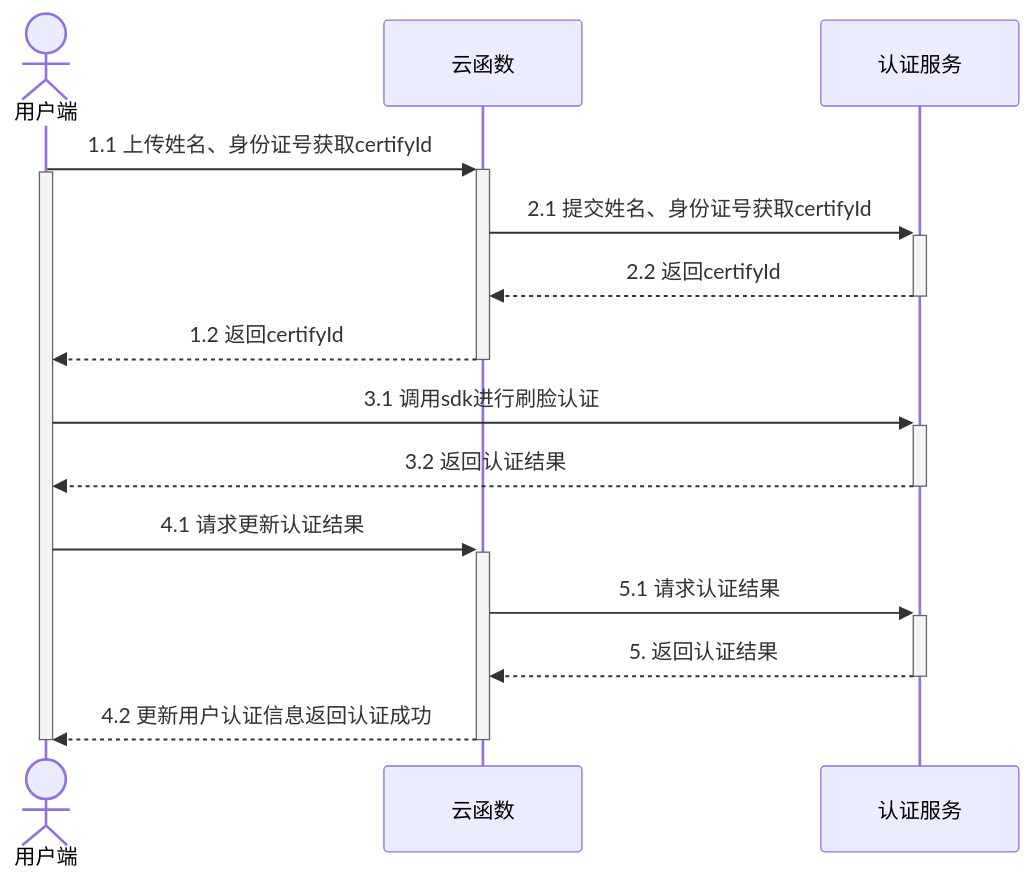
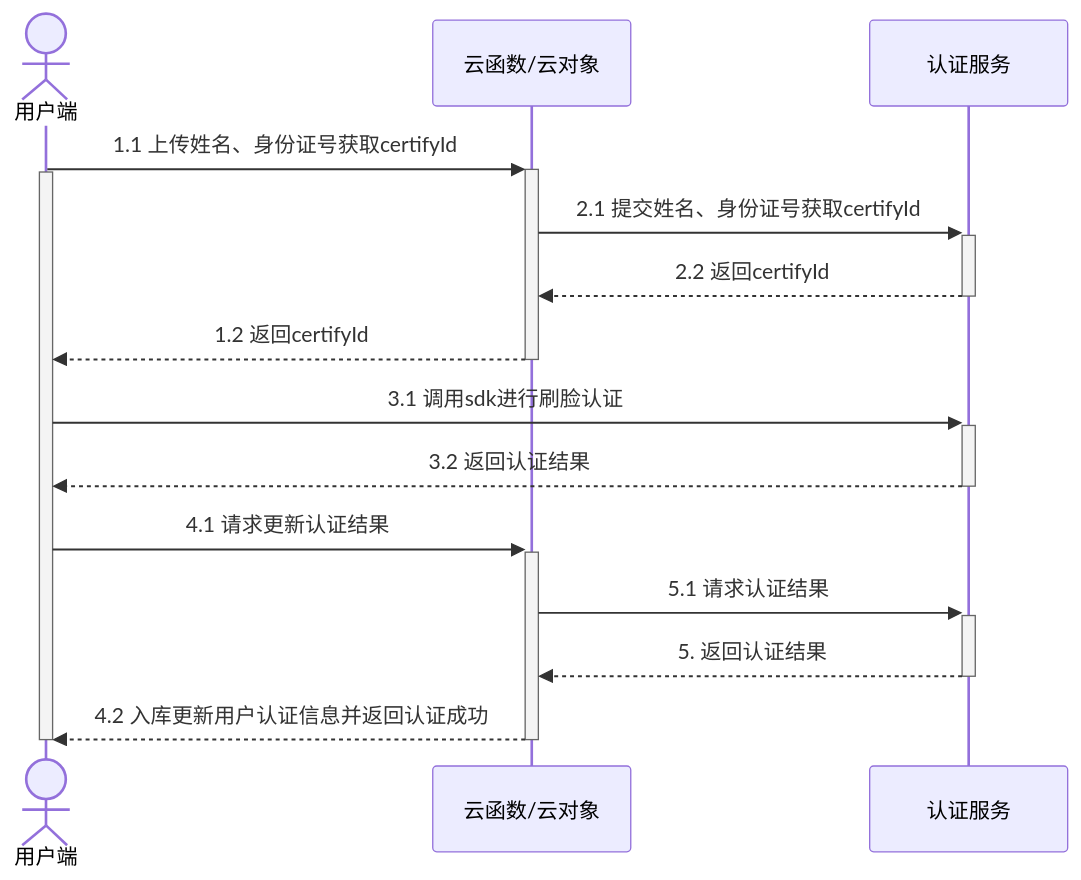
Before and after one commit to dcloudio/unidocs-zh: the diagram in docs/uniCloud/frv/dev.md, drawn with Mermaid. The commit also changed other lines of this file, not shown here.

````diff
--- a/docs/uniCloud/frv/dev.md
+++ b/docs/uniCloud/frv/dev.md
@@ -9,18 +18,18 @@
 ```mermaid
 sequenceDiagram
   actor user as 用户端
-  participant cf as 云函数
+  participant cf as 云函数/云对象
   participant service as 认证服务
   user->>+cf: 1.1 上传姓名、身份证号获取certifyId
   activate user
   cf->>+service: 2.1 提交姓名、身份证号获取certifyId
   service-->>-cf: 2.2 返回certifyId
   cf-->>-user: 1.2 返回certifyId
   user->>+service: 3.1 调用sdk进行刷脸认证
   service-->>-user: 3.2 返回认证结果
   user->>+cf: 4.1 请求更新认证结果
   cf->>+service: 5.1 请求认证结果
   service-->>-cf: 5. 返回认证结果
-  cf-->>-user: 4.2 更新用户认证信息返回认证成功
+  cf-->>-user: 4.2 入库更新用户认证信息并返回认证成功
   deactivate user
 ```
````
